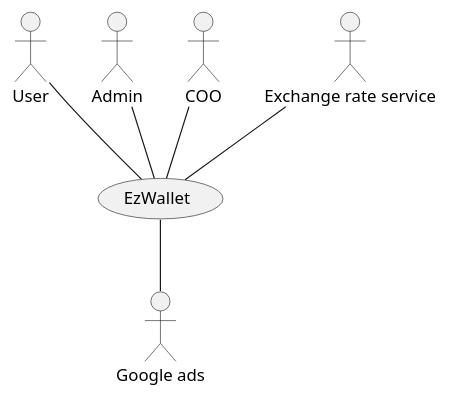
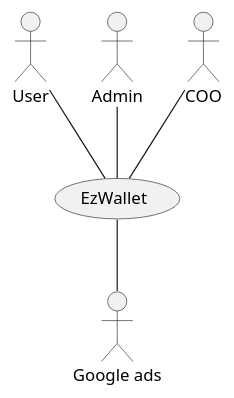
The first of 5 diagrams in RequirementsDocumentV2.md (lara-m2000/ezwallet), drawn with PlantUML before and after one commit. The commit also changed other lines of this file, not shown here.

````diff
--- a/RequirementsDocumentV2.md
+++ b/RequirementsDocumentV2.md
@@ -159,20 +158,18 @@
 ```plantuml
 @startuml
 
 usecase EzWallet
 actor User
 actor Admin
 actor COO
-actor "Exchange rate service" as ExchangeRateService
 
 actor "Google ads" as GoogleAds
 
 User -- EzWallet
 Admin -- EzWallet
 COO -- EzWallet
-ExchangeRateService -- EzWallet
 
 EzWallet -- GoogleAds
 
 @enduml
 ```
````
